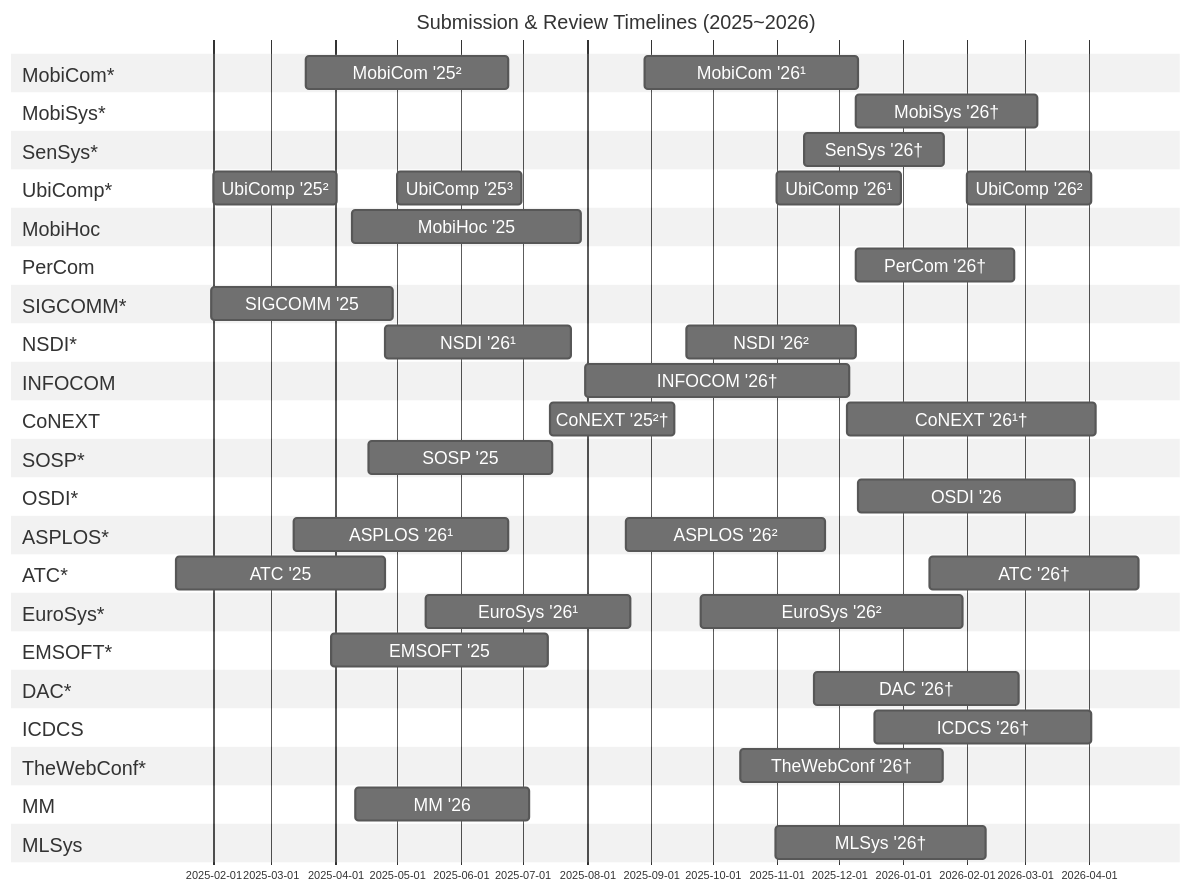
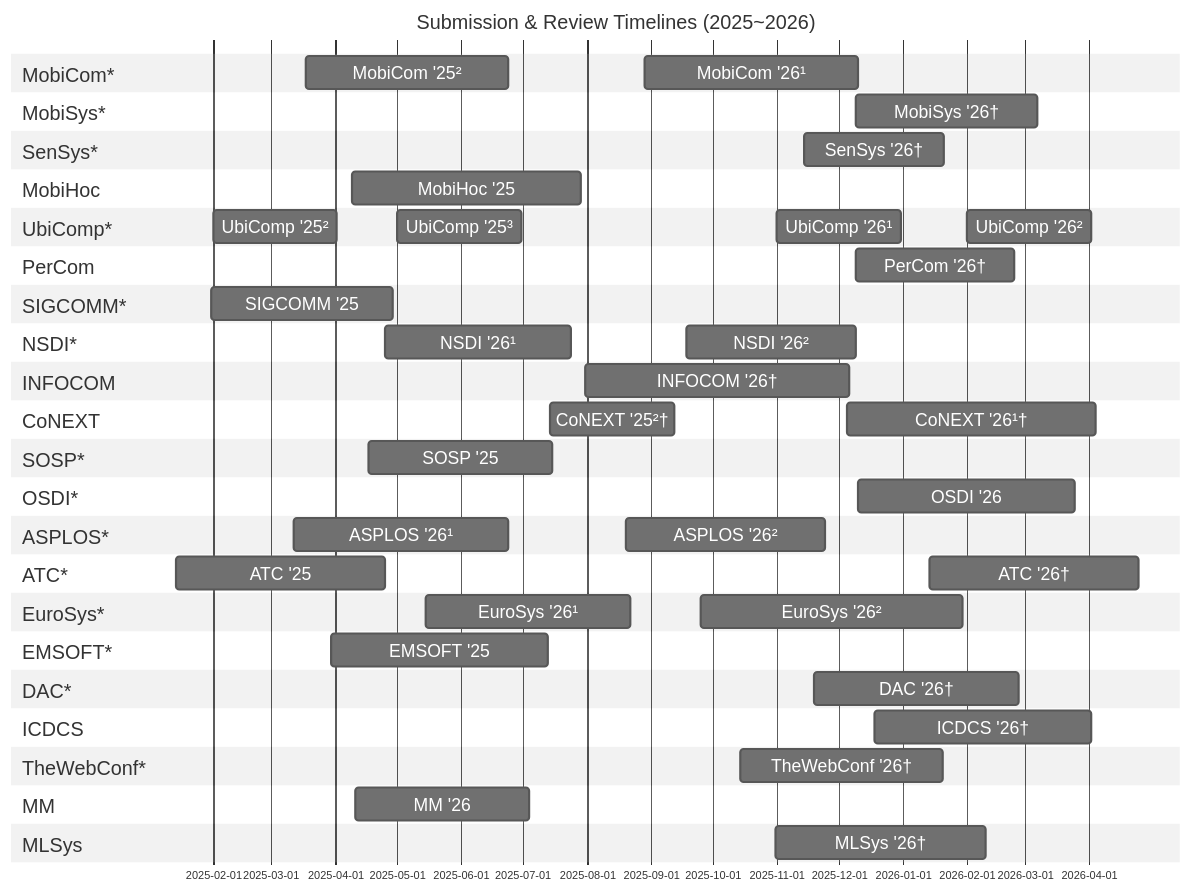
Before and after one commit to iamseonghoon/Mobile-Systems-Conference-Timelines: the diagram in README.md, drawn with Mermaid.

```diff
--- a/README.md
+++ b/README.md
@@ -26,14 +26,17 @@
     %% Mobile
     %% --------------------------
     section MobiCom*
-    MobiCom '25² :mobicom-review2, 2025-03-18, 98d
-    MobiCom '26¹ :mobicom-review1, 2025-08-29, 103d
+    MobiCom '25² :mobicom25-review2, 2025-03-18, 98d
+    MobiCom '26¹ :mobicom26-review1, 2025-08-29, 103d
 
     section MobiSys*
-    MobiSys '26† :mobisys-review, 2025-12-09, 88d
+    MobiSys '26† :mobisys26-review, 2025-12-09, 88d
 
     section SenSys*
-    SenSys '26† :sensys-review, 2025-11-14, 68d
+    SenSys '26† :sensys26-review, 2025-11-14, 68d
+
+    section MobiHoc
+    MobiHoc '25 :mobihoc25-review, 2025-04-09, 111d
 
     section UbiComp*
     UbiComp '25² :ubicomp25-review3, 2025-02-01, 60d
@@ -41,49 +44,46 @@
     UbiComp '26¹ :ubicomp25-review1, 2025-11-01, 60d
     UbiComp '26² :ubicomp26-review3, 2026-02-01, 60d
 
-    section MobiHoc
-    MobiHoc '25 :mobihoc-review, 2025-04-09, 111d
-
     section PerCom
-    PerCom '26† :percom-review, 2025-12-09, 77d
+    PerCom '26† :percom26-review, 2025-12-09, 77d
 
     %% --------------------------
     %% Network
     %% --------------------------
     section SIGCOMM*
-    SIGCOMM '25 :sigcomm-review, 2025-01-31, 88d
+    SIGCOMM '25 :sigcomm25-review, 2025-01-31, 88d
 
     section NSDI*
     NSDI '26¹ :nsdi-review1, 2025-04-25, 90d
     NSDI '26² :nsdi-review2, 2025-09-18, 82d
 
     section INFOCOM
-    INFOCOM '26† :infocom-review, 2025-07-31, 128d
+    INFOCOM '26† :infocom26-review, 2025-07-31, 128d
 
     section CoNEXT
-    CoNEXT '26¹† :conext-review1, 2025-12-05, 120d
-    CoNEXT '25²† :conext-review2, 2025-07-14, 60d
+    CoNEXT '26¹† :conext26-review1, 2025-12-05, 120d
+    CoNEXT '25²† :conext26-review2, 2025-07-14, 60d
 
     %% --------------------------
     %% OS, CA
     %% --------------------------
     section SOSP*
-    SOSP '25 :sosp-review, 2025-04-17, 89d
+    SOSP '25 :sosp25-review, 2025-04-17, 89d
 
     section OSDI*
-    OSDI '26 :osdi-review, 2025-12-10, 105d
+    OSDI '26 :osdi26-review, 2025-12-10, 105d
 
     section ASPLOS*
-    ASPLOS '26¹ :asplos-review1, 2025-03-12, 104d
-    ASPLOS '26² :asplos-review2, 2025-08-20, 96d
+    ASPLOS '26¹ :asplos26-review1, 2025-03-12, 104d
+    ASPLOS '26² :asplos26-review2, 2025-08-20, 96d
 
     section ATC*
     ATC '25 :atc25-review, 2025-01-14, 101d
     ATC '26† :atc26-review, 2026-01-14, 101d
 
     section EuroSys*
-    EuroSys '26¹ :eurosys-review1, 2025-05-15, 99d
-    EuroSys '26² :eurosys-review2, 2025-09-25, 127d
+    EuroSys '26¹ :eurosys26-review1, 2025-05-15, 99d
+    EuroSys '26² :eurosys26-review2, 2025-09-25, 127d
 
     %% --------------------------
     %% Embedded / EDA
```
